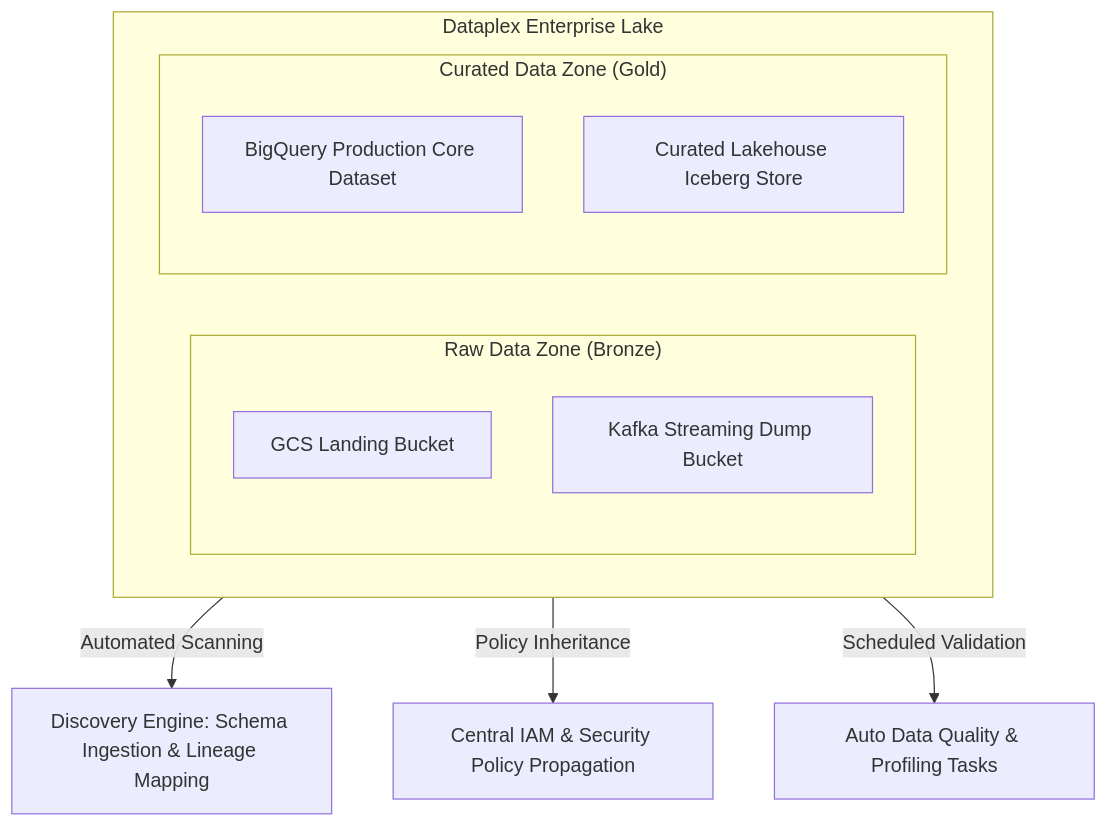
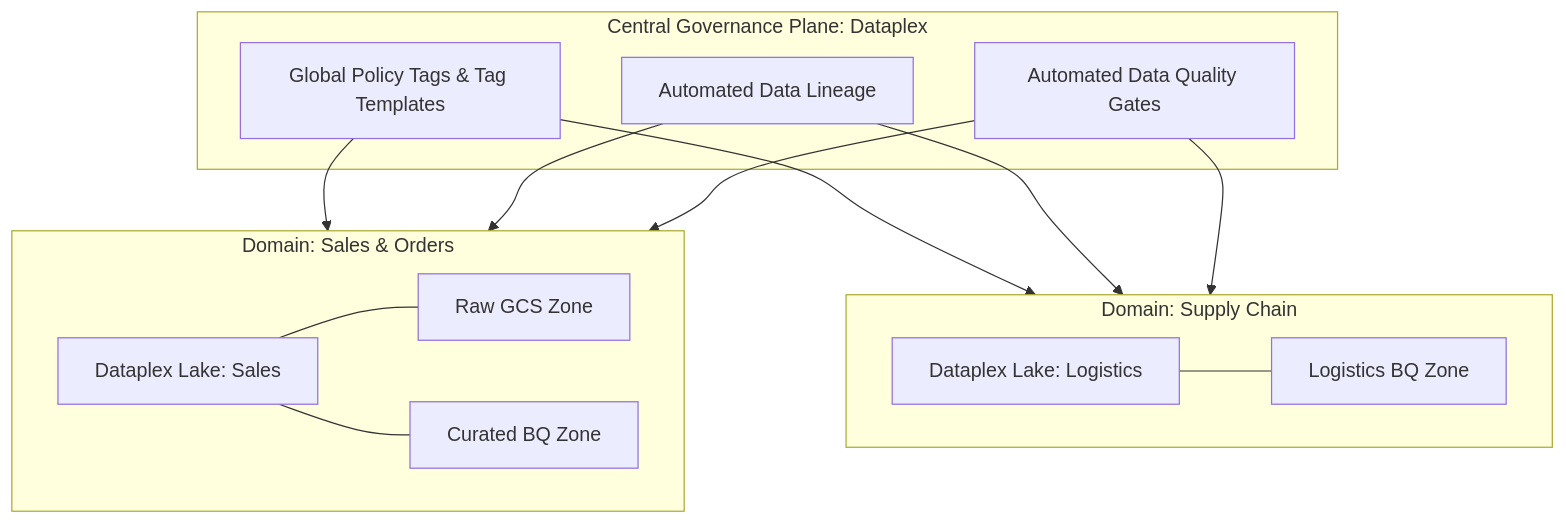
Before and after one commit to rohithvishaal/GCP_PDE_Notes: the fourth of 4 diagrams in 04_phase3_exam_domains/domain_3_storing_data.md, drawn with Mermaid. The commit also changed other lines of this file and 8 other files, not shown here.

````diff
--- a/04_phase3_exam_domains/domain_3_storing_data.md
+++ b/04_phase3_exam_domains/domain_3_storing_data.md
@@ -495,17 +251,25 @@
 ```mermaid
 flowchart TD
-    subgraph Dataplex_Lake["Dataplex Enterprise Lake"]
-        subgraph Raw_Zone["Raw Data Zone (Bronze)"]
-            Asset1["GCS Landing Bucket"]
-            Asset2["Kafka Streaming Dump Bucket"]
-        end
-        subgraph Curated_Zone["Curated Data Zone (Gold)"]
-            Asset3["BigQuery Production Core Dataset"]
-            Asset4["Curated Lakehouse Iceberg Store"]
-        end
+    subgraph Governance["Central Governance Plane: Dataplex"]
+        Policy["Global Policy Tags & Tag Templates"]
+        Lineage["Automated Data Lineage"]
+        AutoDQ["Automated Data Quality Gates"]
     end
 
-    Dataplex_Lake -->|Automated Scanning| Discovery["Discovery Engine: Schema Ingestion & Lineage Mapping"]
-    Dataplex_Lake -->|Policy Inheritance| Gov["Central IAM & Security Policy Propagation"]
-    Dataplex_Lake -->|Scheduled Validation| DQ["Auto Data Quality & Profiling Tasks"]
+    subgraph Domain_Sales["Domain: Sales & Orders"]
+        Lake_Sales["Dataplex Lake: Sales"]
+        Zone_Raw["Raw GCS Zone"]
+        Zone_Curated["Curated BQ Zone"]
+        Lake_Sales --- Zone_Raw & Zone_Curated
+    end
+
+    subgraph Domain_Supply["Domain: Supply Chain"]
+        Lake_Supply["Dataplex Lake: Logistics"]
+        Zone_Logistics["Logistics BQ Zone"]
+        Lake_Supply --- Zone_Logistics
+    end
+
+    Policy --> Domain_Sales & Domain_Supply
+    Lineage --> Domain_Sales & Domain_Supply
+    AutoDQ --> Domain_Sales & Domain_Supply
 ```
````
